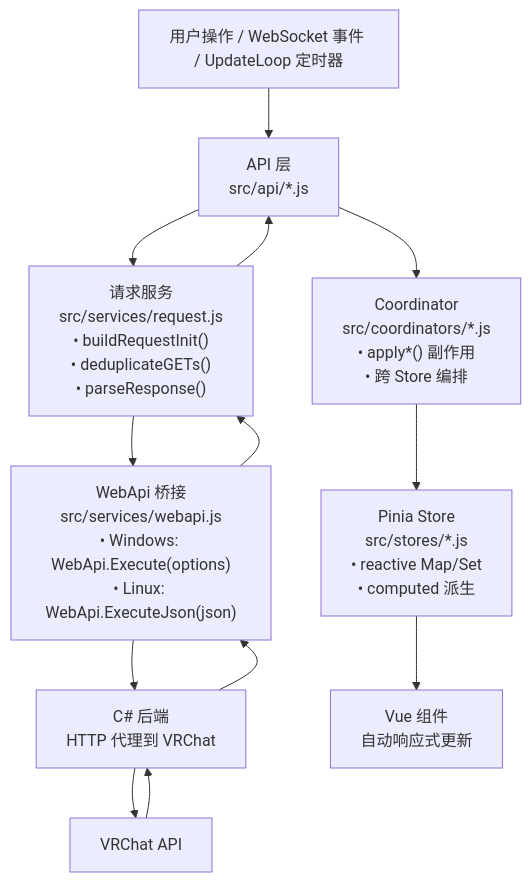
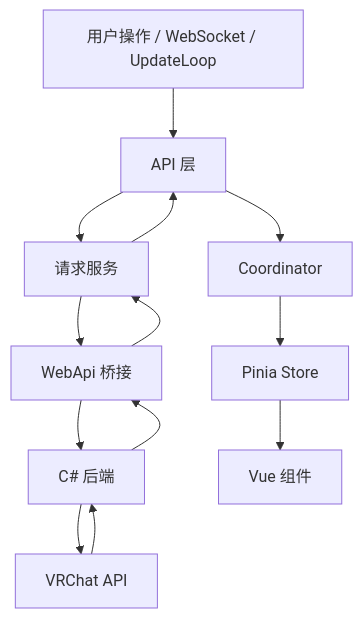
The first of 4 diagrams in zh/architecture/data-flow.md (Map1en/vrcx-docs), drawn with Mermaid before and after one commit. The commit also changed other lines of this file and 16 other files, not shown here.

````diff
--- a/zh/architecture/data-flow.md
+++ b/zh/architecture/data-flow.md
@@ -7,12 +7,12 @@
 ```mermaid
 flowchart TD
-    A["用户操作 / WebSocket 事件 / UpdateLoop 定时器"] --> B["API 层<br/>src/api/*.js"]
-    B --> C["请求服务<br/>src/services/request.js<br/>• buildRequestInit()<br/>• deduplicateGETs()<br/>• parseResponse()"]
-    C --> D["WebApi 桥接<br/>src/services/webapi.js<br/>• Windows: WebApi.Execute(options)<br/>• Linux: WebApi.ExecuteJson(json)"]
-    D --> E["C# 后端<br/>HTTP 代理到 VRChat"]
+    A["用户操作 / WebSocket / UpdateLoop"] --> B["API 层"]
+    B --> C["请求服务"]
+    C --> D["WebApi 桥接"]
+    D --> E["C# 后端"]
     E --> F["VRChat API"]
     F --> E --> D --> C --> B
-    B --> G["Coordinator<br/>src/coordinators/*.js<br/>• apply*() 副作用<br/>• 跨 Store 编排"]
-    G --> H["Pinia Store<br/>src/stores/*.js<br/>• reactive Map/Set<br/>• computed 派生"]
-    H --> I["Vue 组件<br/>自动响应式更新"]
+    B --> G["Coordinator"]
+    G --> H["Pinia Store"]
+    H --> I["Vue 组件"]
 ```
````
